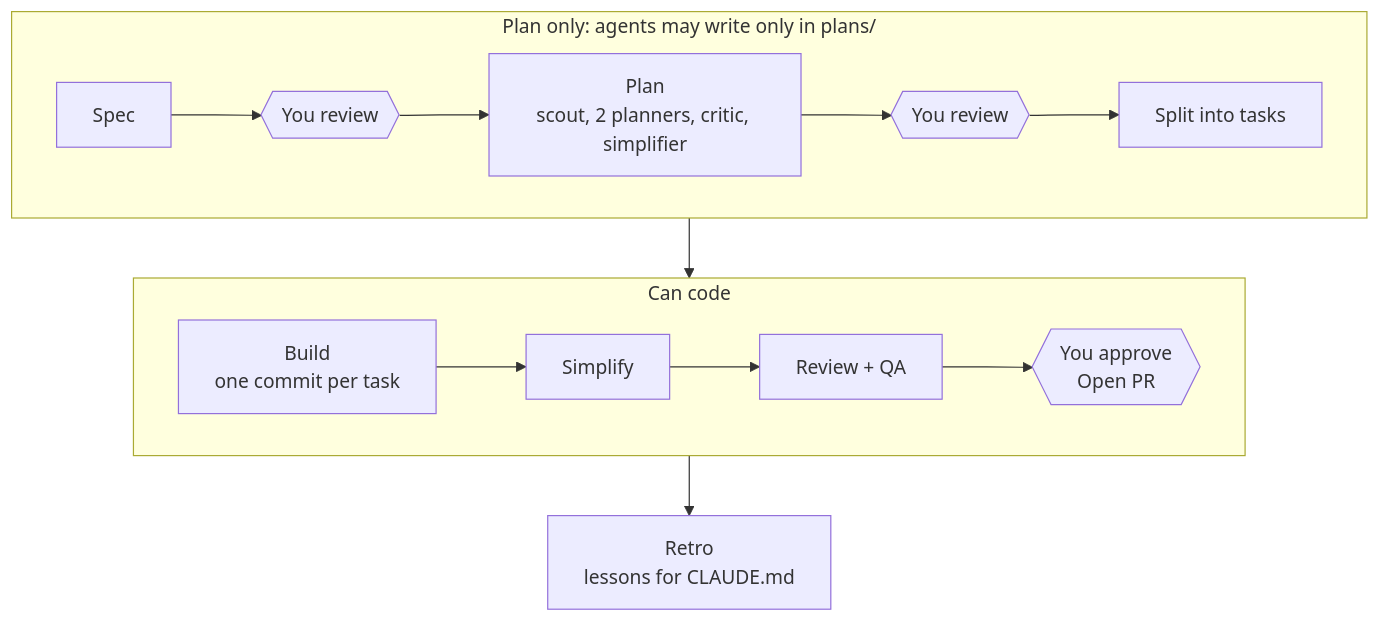
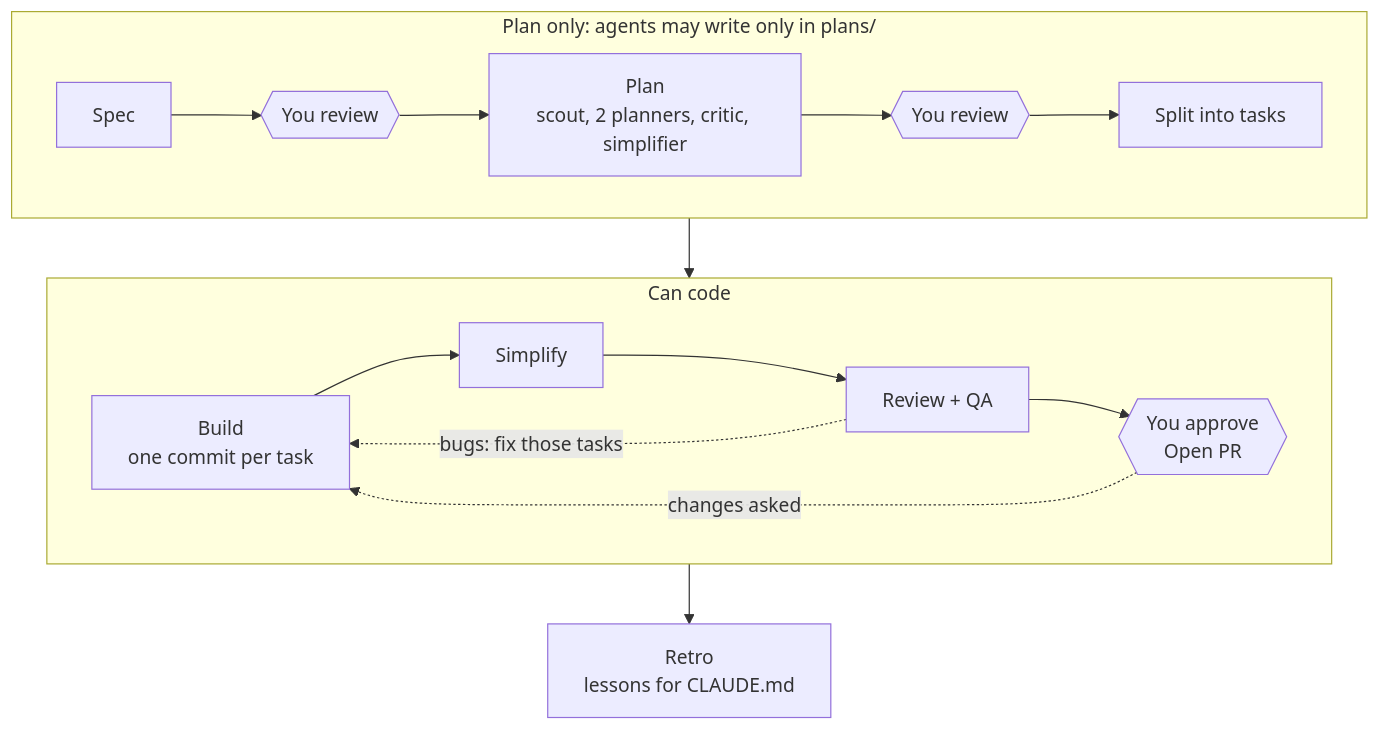
One commit to 0x0603/claude-team-ui changed the second of 2 diagrams in README.md. Above: the diagram before and after it, drawn with Mermaid. The commit also changed other lines of this file and 21 other files, not shown here.

First line of the commit message:
Add quick and standard flows, five quality checks, config sync

````diff
--- a/README.md
+++ b/README.md
@@ -78,13 +90,15 @@
 ```mermaid
 flowchart TB
   subgraph plan ["Plan only: agents may write only in plans/"]
     direction LR
     S[Spec] --> R1{{You review}} --> P["Plan<br>scout, 2 planners, critic, simplifier"] --> R2{{You review}} --> T[Split into tasks]
   end
   subgraph code ["Can code"]
     direction LR
     B["Build<br>one commit per task"] --> M[Simplify] --> Q[Review + QA] --> R3{{"You approve<br>Open PR"}}
   end
   T --> B
+  Q -. "bugs: fix those tasks" .-> B
+  R3 -. "changes asked" .-> B
   R3 --> X["Retro<br>lessons for CLAUDE.md"]
 ```
````
